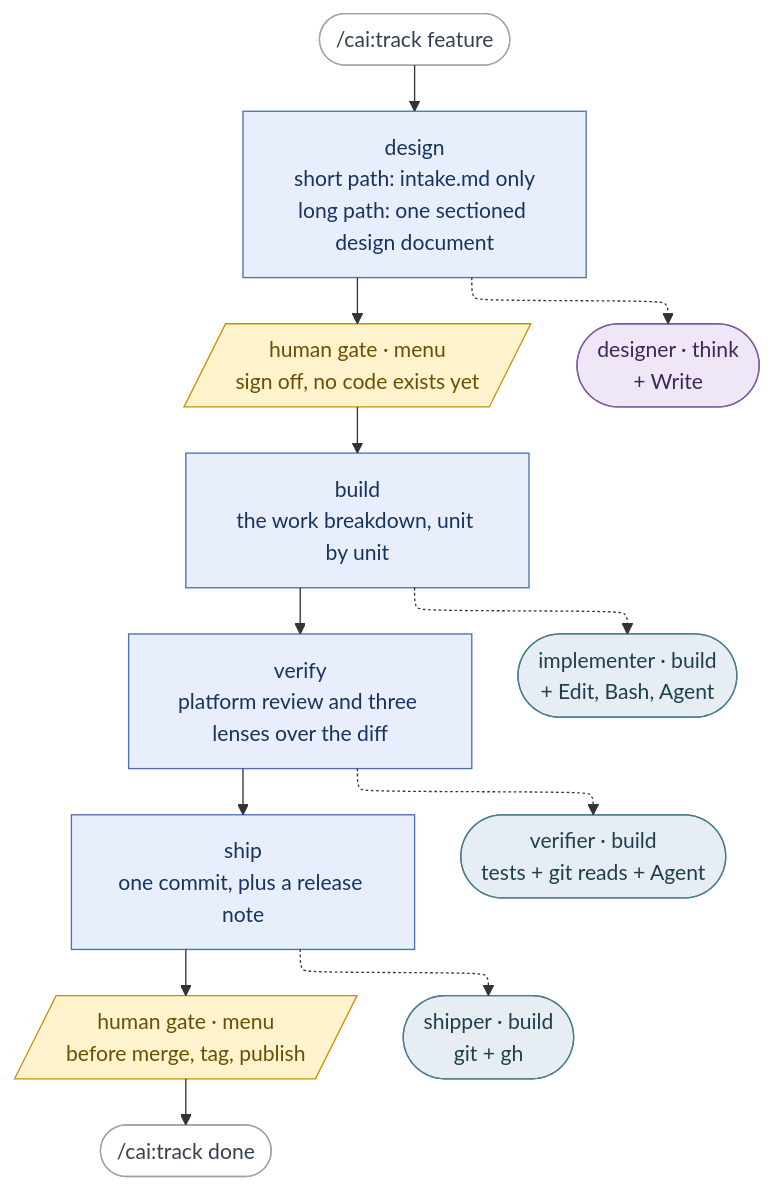
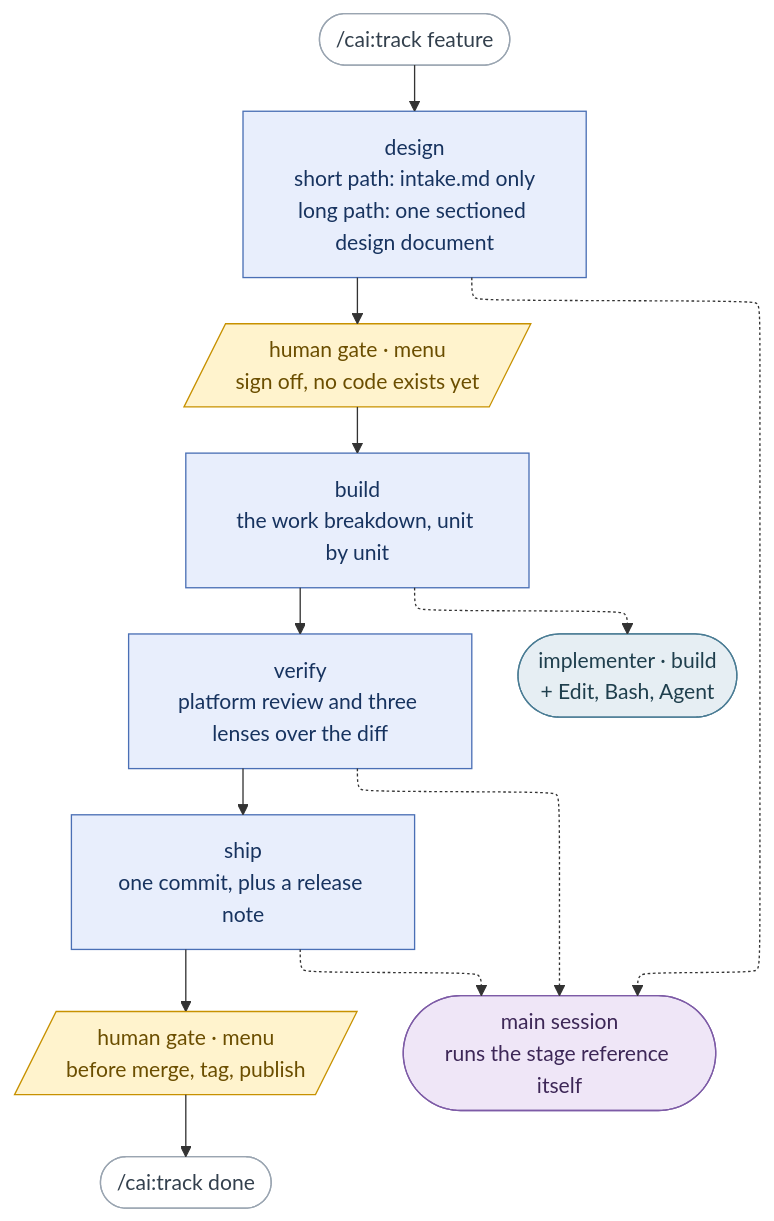
One commit to millerlai/claude-all-in-one changed the diagram in README.md. Above: the diagram before and after it, drawn with Mermaid. The commit also changed other lines of this file and 81 other files, not shown here.

First line of the commit message:
refactor(track): run design, verify and ship in the main session (#494)

````diff
--- a/README.md
+++ b/README.md
@@ -44,38 +44,36 @@
 ```mermaid
 ---
 config:
   flowchart:
     defaultRenderer: "elk"
 ---
 flowchart TB
     START(["/cai:track feature"]) --> S1
 
     S1["design<br/>short path: intake.md only<br/>long path: one sectioned design document"] --> HG1
     HG1[/"human gate · menu<br/>sign off, no code exists yet"/] --> S2
     S2["build<br/>the work breakdown, unit by unit"] --> S3
     S3["verify<br/>platform review and three lenses over the diff"] --> S4
     S4["ship<br/>one commit, plus a release note"] --> HG2
     HG2[/"human gate · menu<br/>before merge, tag, publish"/] --> DONE(["/cai:track done"])
 
-    S1 -.-> DE
+    S1 -.-> MS
     S2 -.-> IM
-    S3 -.-> VE
-    S4 -.-> SH
+    S3 -.-> MS
+    S4 -.-> MS
 
-    DE(["designer · think<br/>+ Write"])
+    MS(["main session<br/>runs the stage reference itself"])
     IM(["implementer · build<br/>+ Edit, Bash, Agent"])
-    VE(["verifier · build<br/>tests + git reads + Agent"])
-    SH(["shipper · build<br/>git + gh"])
 
     classDef stage fill:#e8eefc,stroke:#4a6fb5,color:#17335f
     classDef human fill:#fff3cd,stroke:#c79100,color:#6b4e00
-    classDef think fill:#efe6f7,stroke:#7d5ba6,color:#3d2757
+    classDef main fill:#efe6f7,stroke:#7d5ba6,color:#3d2757
     classDef build fill:#e6eef3,stroke:#4a7c94,color:#1f3f4d
     classDef ends fill:#ffffff,stroke:#9aa5b1,color:#33404d
 
     class S1,S2,S3,S4 stage
     class HG1,HG2 human
-    class DE think
-    class IM,VE,SH build
+    class MS main
+    class IM build
     class START,DONE ends
 ```
````
